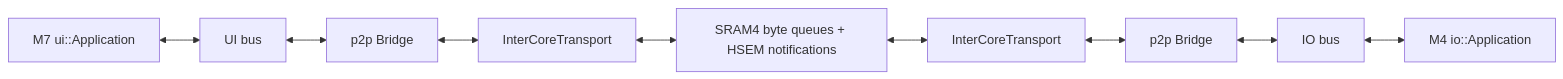
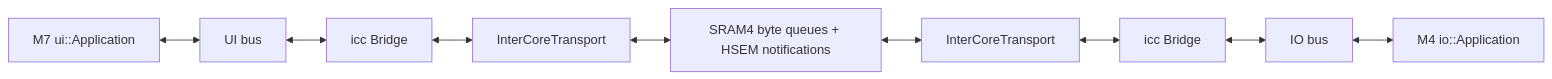
One commit to daleondev/ProtoMate_Control changed the diagram in docs/nucleo-h755ziq/README.md. Above: the diagram before and after it, drawn with Mermaid. The commit also changed other lines of this file and 58 other files, not shown here.

````diff
--- a/docs/nucleo-h755ziq/README.md
+++ b/docs/nucleo-h755ziq/README.md
@@ -56,11 +142,11 @@
 ```mermaid
 flowchart LR
   UI["M7 ui::Application"] <--> UB[UI bus]
-  UB <--> UBridge[p2p Bridge]
+  UB <--> UBridge[icc Bridge]
   UBridge <--> UT[InterCoreTransport]
   UT <--> SRAM["SRAM4 byte queues + HSEM notifications"]
   SRAM <--> IT[InterCoreTransport]
-  IT <--> IBridge[p2p Bridge]
+  IT <--> IBridge[icc Bridge]
   IBridge <--> IB[IO bus]
   IB <--> IO["M4 io::Application"]
 ```
````
